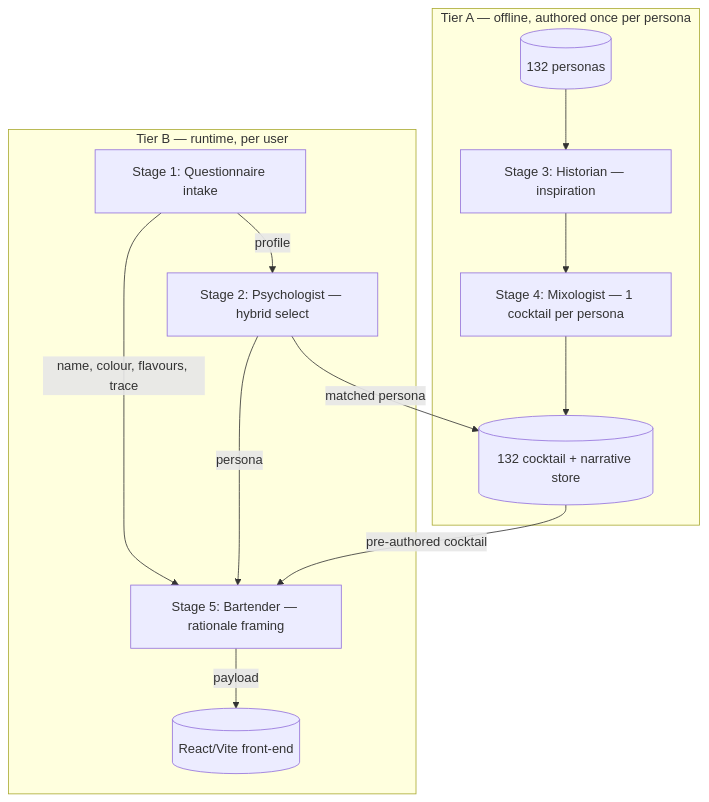
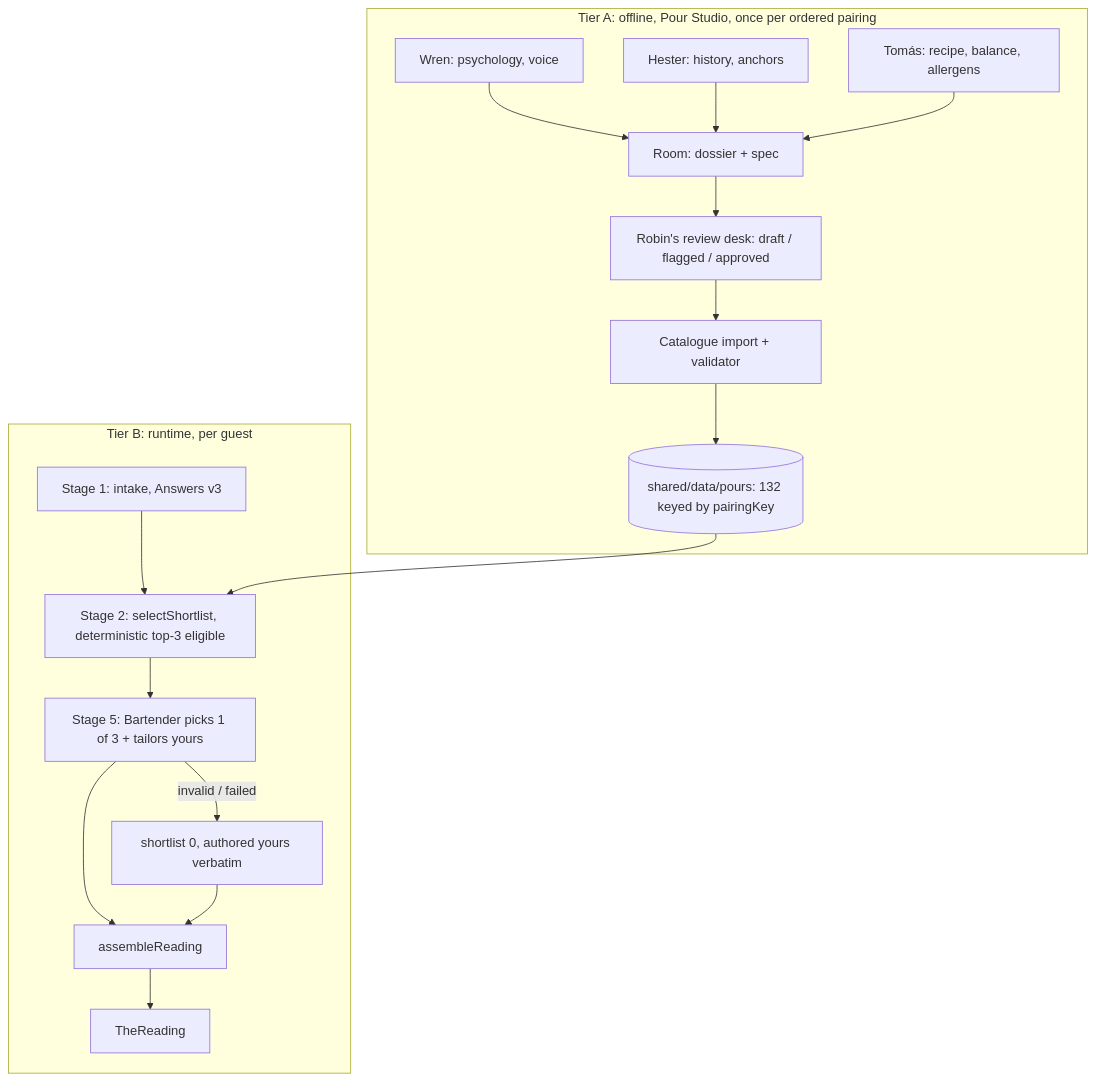
Before and after one commit to robinmolinas/cocktail_website: the diagram in Cocktail_Website_Agent/agent/spec/pipeline-stages.md, drawn with Mermaid. The commit also changed other lines of this file and 4628 other files, not shown here.

Commit message:
feat: H5 Resonance world, H6 flavour marks, mobile reading flow, matching v1, and pour archetype suites

````diff
--- a/Cocktail_Website_Agent/agent/spec/pipeline-stages.md
+++ b/Cocktail_Website_Agent/agent/spec/pipeline-stages.md
@@ -9,16 +5,20 @@
 ```mermaid
 flowchart TD
-    subgraph A[Tier A — offline, authored once per persona]
-      PER[(132 personas)] --> H[Stage 3: Historian — inspiration]
-      H --> M[Stage 4: Mixologist — 1 cocktail per persona]
-      M --> STORE[(132 cocktail + narrative store)]
-    end
-    subgraph B[Tier B — runtime, per user]
-      Q[Stage 1: Questionnaire intake] -->|profile| P[Stage 2: Psychologist — hybrid select]
-      P -->|matched persona| STORE
-      STORE -->|pre-authored cocktail| S[Stage 5: Bartender — rationale framing]
-      Q -->|name, colour, flavours, trace| S
-      P -->|persona| S
-      S -->|payload| APP[(React/Vite front-end)]
-    end
+  subgraph A[Tier A: offline, Pour Studio, once per ordered pairing]
+    W[Wren: psychology, voice] --> ROOM[Room: dossier + spec]
+    H[Hester: history, anchors] --> ROOM
+    T[Tomás: recipe, balance, allergens] --> ROOM
+    ROOM --> REV[Robin's review desk: draft / flagged / approved]
+    REV --> IMP[Catalogue import + validator]
+    IMP --> STORE[(shared/data/pours: 132 keyed by pairingKey)]
+  end
+  subgraph B[Tier B: runtime, per guest]
+    Q[Stage 1: intake, Answers v3] --> SEL[Stage 2: selectShortlist, deterministic top-3 eligible]
+    STORE --> SEL
+    SEL --> BAR[Stage 5: Bartender picks 1 of 3 + tailors yours]
+    BAR -->|invalid / failed| FB[shortlist 0, authored yours verbatim]
+    BAR --> ASM[assembleReading]
+    FB --> ASM
+    ASM --> APP[TheReading]
+  end
 ```
````
